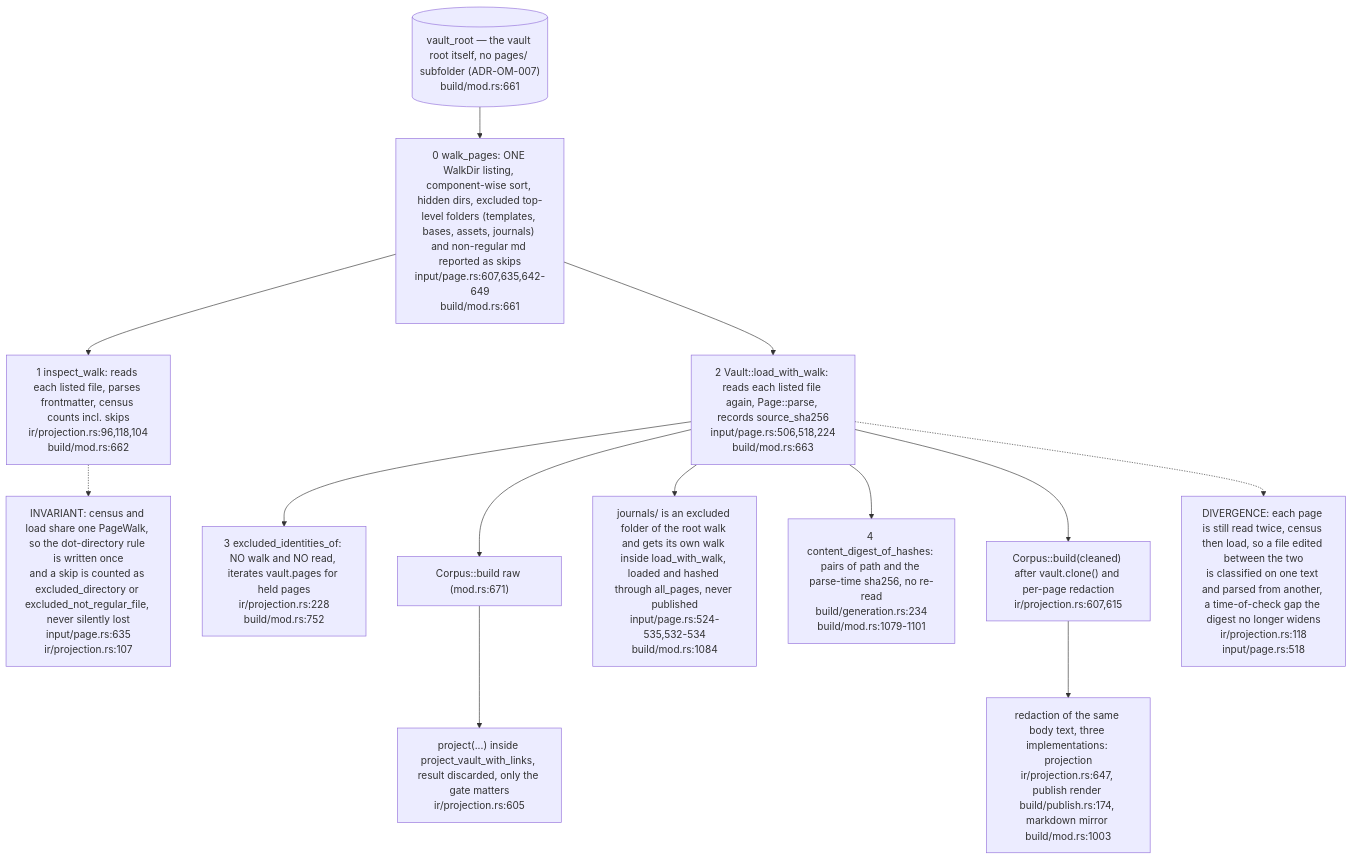
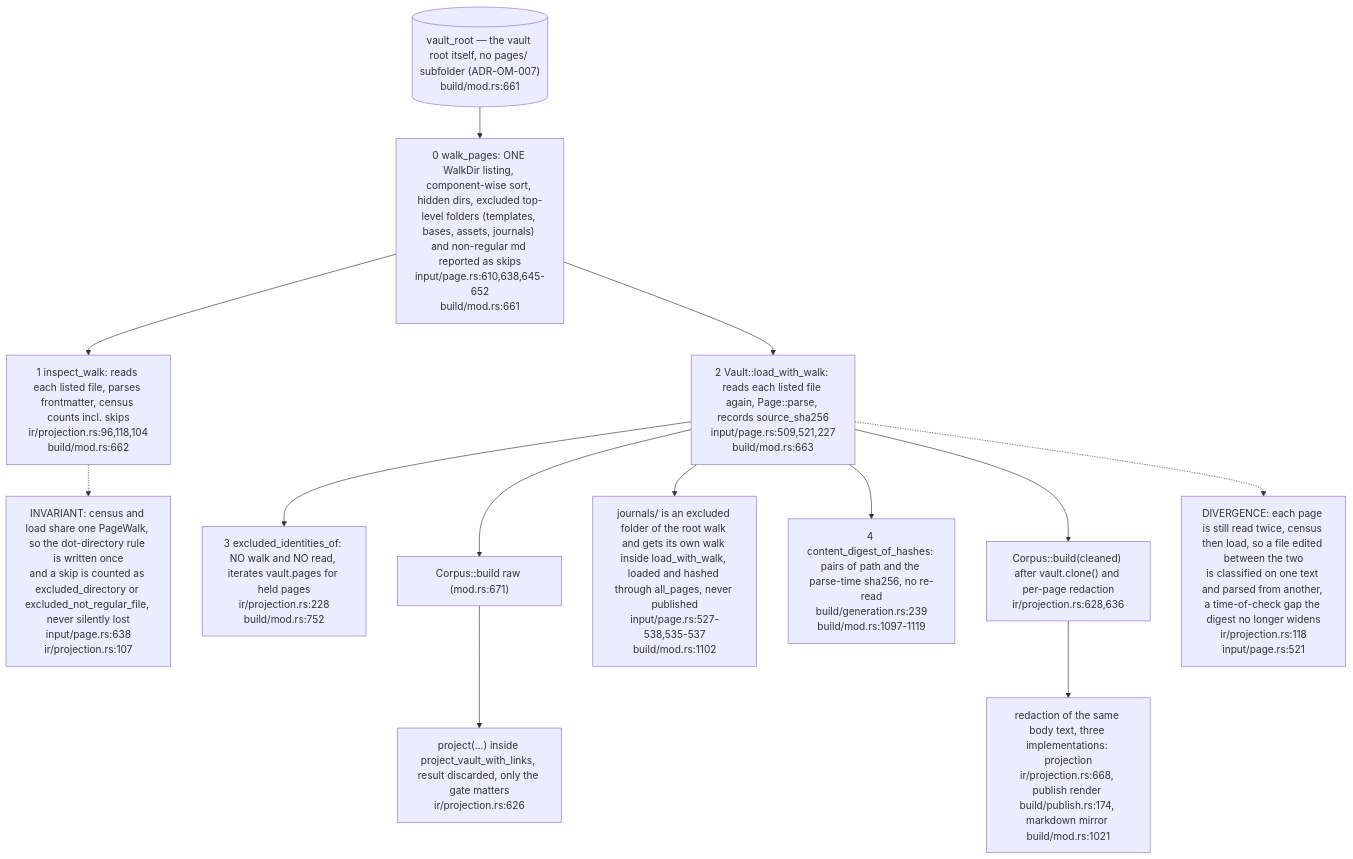
The third of 8 diagrams in docs/diagrams/ontomark/03-build-run-gates-staging-and-generation.md (DreamLab-AI/VisionFlow), drawn with Mermaid before and after one commit. The commit also changed other lines of this file and 70 other files, not shown here.

First line of the commit message:
docs(diagrams): re-verify 69 topics at current default-branch heads

````diff
--- a/docs/diagrams/ontomark/03-build-run-gates-staging-and-generation.md
+++ b/docs/diagrams/ontomark/03-build-run-gates-staging-and-generation.md
@@ -120,28 +122,28 @@
 ```mermaid
 flowchart TD
     DIR[("vault_root — the vault root itself, no pages/ subfolder (ADR-OM-007)<br/>build/mod.rs:661")]
-    WK["0 walk_pages: ONE WalkDir listing, component-wise sort, hidden dirs, excluded top-level folders (templates, bases, assets, journals) and non-regular md reported as skips<br/>input/page.rs:607,635,642-649<br/>build/mod.rs:661"]
+    WK["0 walk_pages: ONE WalkDir listing, component-wise sort, hidden dirs, excluded top-level folders (templates, bases, assets, journals) and non-regular md reported as skips<br/>input/page.rs:610,638,645-652<br/>build/mod.rs:661"]
     W1["1 inspect_walk: reads each listed file, parses frontmatter, census counts incl. skips<br/>ir/projection.rs:96,118,104<br/>build/mod.rs:662"]
-    W2["2 Vault::load_with_walk: reads each listed file again, Page::parse, records source_sha256<br/>input/page.rs:506,518,224<br/>build/mod.rs:663"]
+    W2["2 Vault::load_with_walk: reads each listed file again, Page::parse, records source_sha256<br/>input/page.rs:509,521,227<br/>build/mod.rs:663"]
     W3["3 excluded_identities_of: NO walk and NO read, iterates vault.pages for held pages<br/>ir/projection.rs:228<br/>build/mod.rs:752"]
-    W4["4 content_digest_of_hashes: pairs of path and the parse-time sha256, no re-read<br/>build/generation.rs:234<br/>build/mod.rs:1079-1101"]
-    J["journals/ is an excluded folder of the root walk and gets its own walk inside load_with_walk, loaded and hashed through all_pages, never published<br/>input/page.rs:524-535,532-534<br/>build/mod.rs:1084"]
+    W4["4 content_digest_of_hashes: pairs of path and the parse-time sha256, no re-read<br/>build/generation.rs:239<br/>build/mod.rs:1097-1119"]
+    J["journals/ is an excluded folder of the root walk and gets its own walk inside load_with_walk, loaded and hashed through all_pages, never published<br/>input/page.rs:527-538,535-537<br/>build/mod.rs:1102"]
     C1["Corpus::build raw (mod.rs:671)"]
-    C2["project(...) inside project_vault_with_links, result discarded, only the gate matters<br/>ir/projection.rs:605"]
-    C3["Corpus::build(cleaned) after vault.clone() and per-page redaction<br/>ir/projection.rs:607,615"]
-    R1["redaction of the same body text, three implementations: projection<br/>ir/projection.rs:647, publish render build/publish.rs:174, markdown mirror build/mod.rs:1003"]
-    N1["INVARIANT: census and load share one PageWalk, so the dot-directory rule is written once<br/>and a skip is counted as excluded_directory or excluded_not_regular_file, never silently lost<br/>input/page.rs:635<br/>ir/projection.rs:107"]
-    N2["DIVERGENCE: each page is still read twice, census then load, so a file edited between the two<br/>is classified on one text and parsed from another, a time-of-check gap the digest no longer widens<br/>ir/projection.rs:118<br/>input/page.rs:518"]
+    C2["project(...) inside project_vault_with_links, result discarded, only the gate matters<br/>ir/projection.rs:626"]
+    C3["Corpus::build(cleaned) after vault.clone() and per-page redaction<br/>ir/projection.rs:628,636"]
+    R1["redaction of the same body text, three implementations: projection<br/>ir/projection.rs:668, publish render build/publish.rs:174, markdown mirror build/mod.rs:1021"]
+    N1["INVARIANT: census and load share one PageWalk, so the dot-directory rule is written once<br/>and a skip is counted as excluded_directory or excluded_not_regular_file, never silently lost<br/>input/page.rs:638<br/>ir/projection.rs:107"]
+    N2["DIVERGENCE: each page is still read twice, census then load, so a file edited between the two<br/>is classified on one text and parsed from another, a time-of-check gap the digest no longer widens<br/>ir/projection.rs:118<br/>input/page.rs:521"]
     DIR --> WK
     WK --> W1
     WK --> W2
     W2 --> W3
     W2 --> C1
     W2 --> J
     W2 --> W4
     C1 --> C2
     W2 --> C3
     C3 --> R1
     W1 -.-> N1
     W2 -.-> N2
 ```
````
